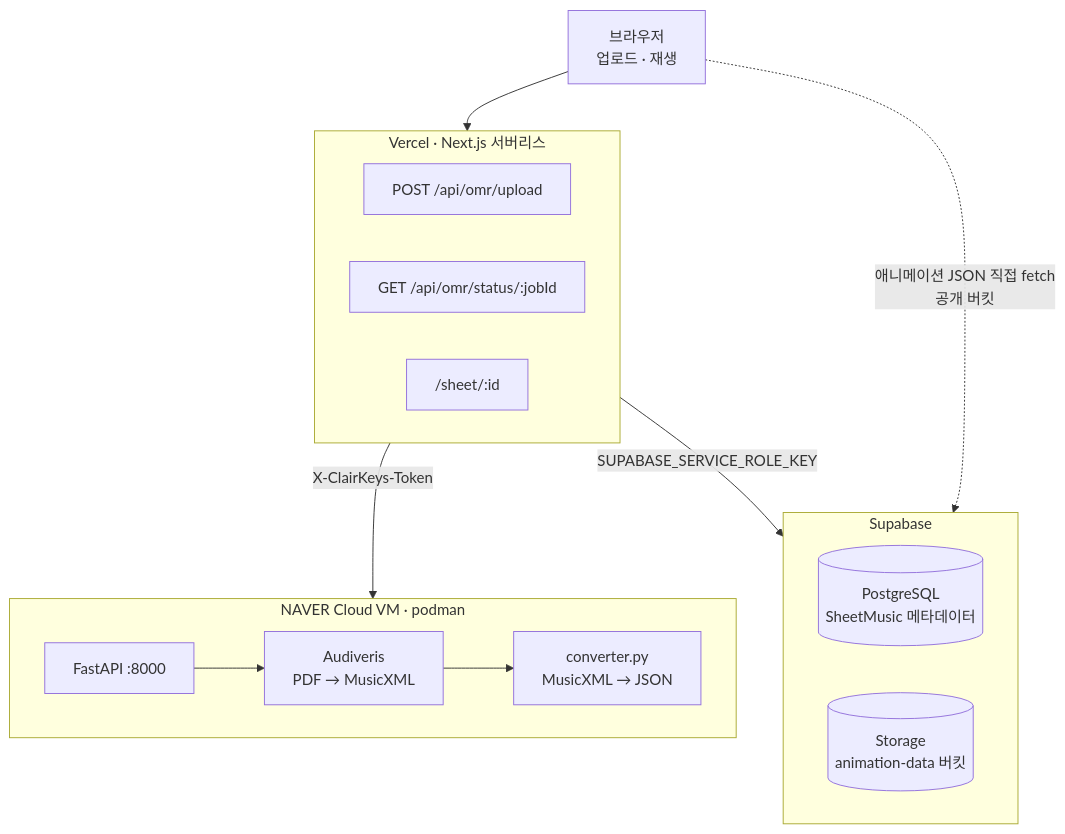
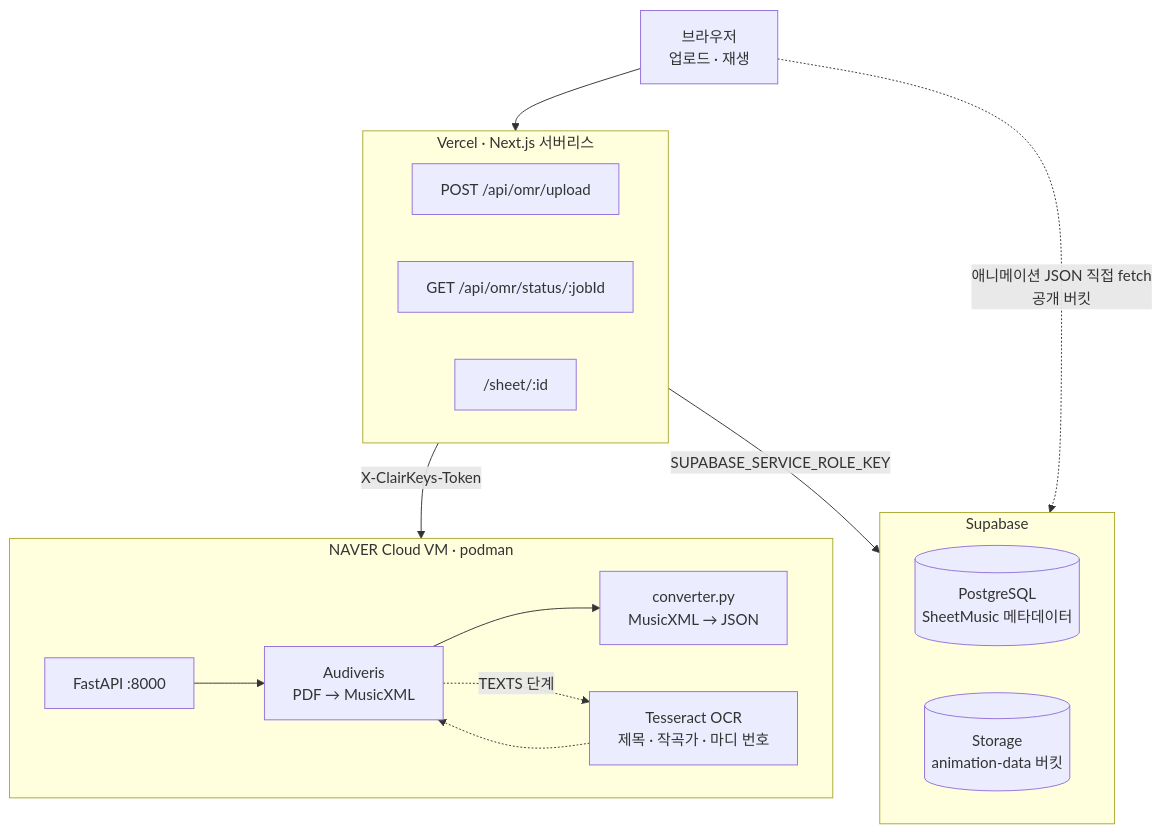
One commit to landfill/ClairKeys changed the first of 3 diagrams in README.md. Above: the diagram before and after it, drawn with Mermaid. The commit also changed other lines of this file, not shown here.

````diff
--- a/README.md
+++ b/README.md
@@ -75,27 +76,29 @@
 ```mermaid
 flowchart TB
   U["브라우저<br/>업로드 · 재생"]
 
   subgraph V["Vercel · Next.js 서버리스"]
     direction LR
     R1["POST /api/omr/upload"]
     R2["GET /api/omr/status/:jobId"]
     R3["/sheet/:id"]
   end
 
   subgraph M["NAVER Cloud VM · podman"]
     direction LR
     F["FastAPI :8000"] --> A["Audiveris<br/>PDF → MusicXML"] --> C["converter.py<br/>MusicXML → JSON"]
+    A -.->|"TEXTS 단계"| T["Tesseract OCR<br/>제목 · 작곡가 · 마디 번호"]
+    T -.-> A
   end
 
   subgraph S["Supabase"]
     direction LR
     DB[("PostgreSQL<br/>SheetMusic 메타데이터")]
     ST[("Storage<br/>animation-data 버킷")]
   end
 
   U --> V
   V -->|"X-ClairKeys-Token"| M
   V -->|"SUPABASE_SERVICE_ROLE_KEY"| S
   U -.->|"애니메이션 JSON 직접 fetch<br/>공개 버킷"| ST
 ```
````
